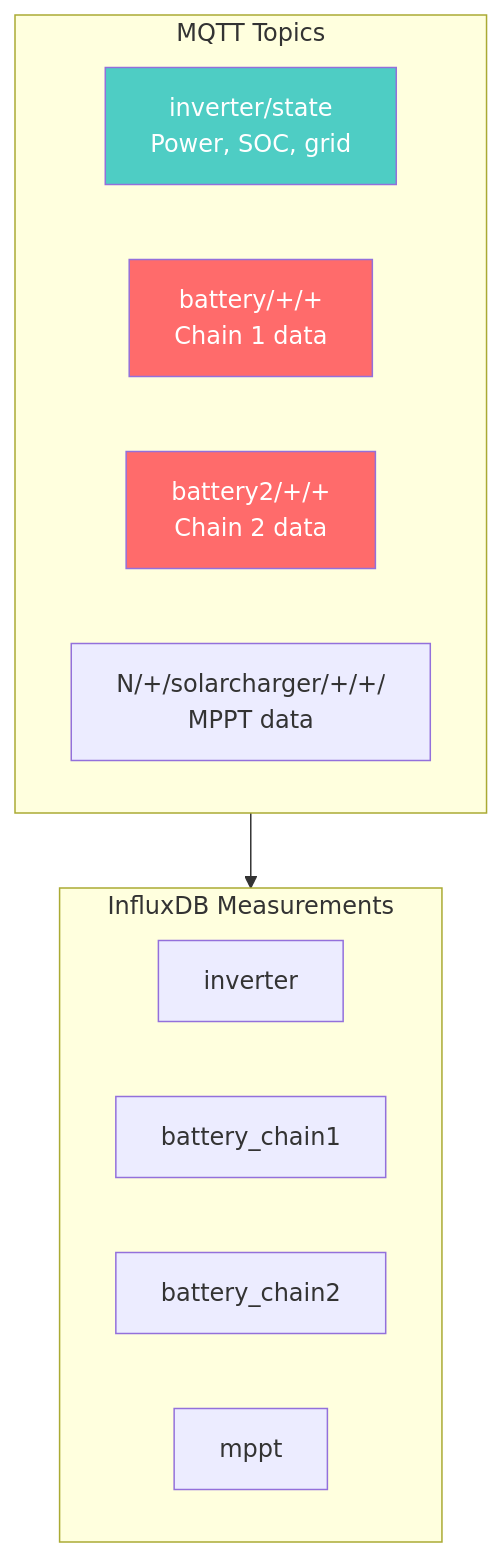
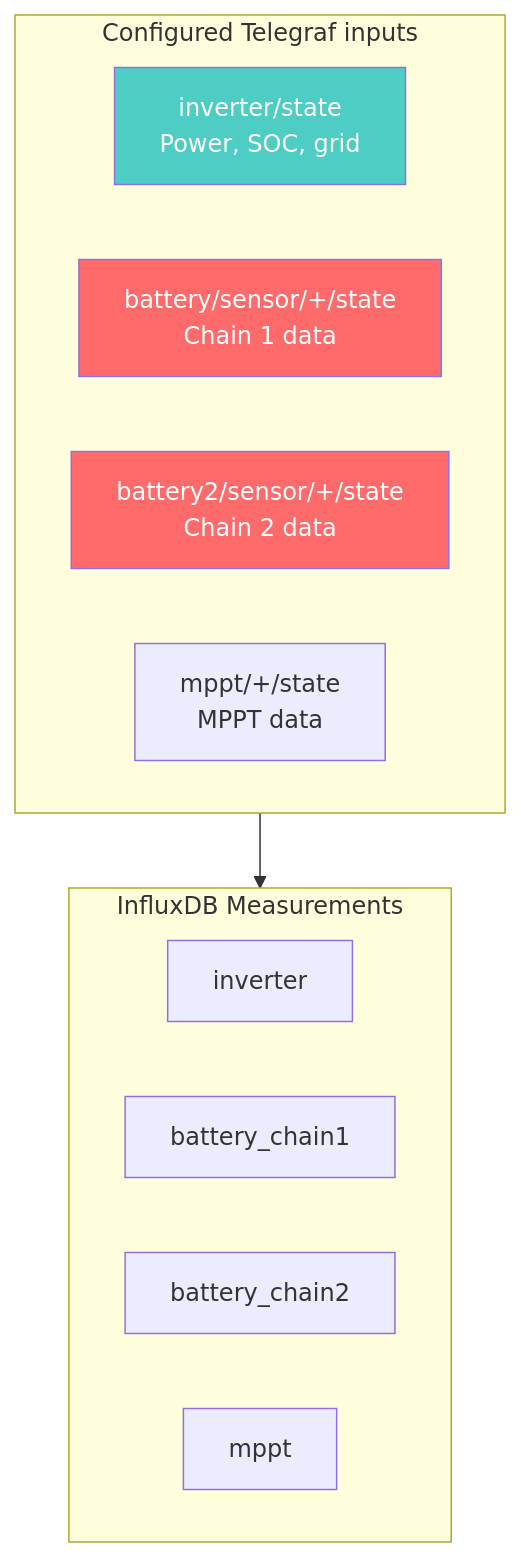
One commit to victron-venus/inverter-monitoring changed the fourth of 4 diagrams in .github/docs/system-architecture.md. Above: the diagram before and after it, drawn with Mermaid. The commit also changed other lines of this file and 2 other files, not shown here.

First line of the commit message:
docs: scope legacy tuning guidance and fix architecture references (#148)

````diff
--- a/.github/docs/system-architecture.md
+++ b/.github/docs/system-architecture.md
@@ -88,22 +98,22 @@
 ```mermaid
 graph TB
-    subgraph Topics["MQTT Topics"]
+    subgraph Topics["Configured Telegraf inputs"]
         INV["inverter/state<br/>Power, SOC, grid"]
-        BAT1["battery/+/+<br/>Chain 1 data"]
-        BAT2["battery2/+/+<br/>Chain 2 data"]
-        MPPT["N/+/solarcharger/+/+/<br/>MPPT data"]
+        BAT1["battery/sensor/+/state<br/>Chain 1 data"]
+        BAT2["battery2/sensor/+/state<br/>Chain 2 data"]
+        MPPT["mppt/+/state<br/>MPPT data"]
     end
 
     subgraph Influx["InfluxDB Measurements"]
         I_INV["inverter"]
         I_BAT1["battery_chain1"]
         I_BAT2["battery_chain2"]
         I_MPPT["mppt"]
     end
 
     Topics --> Influx
 
     style INV fill:#4ecdc4,color:#fff
     style BAT1 fill:#ff6b6b,color:#fff
     style BAT2 fill:#ff6b6b,color:#fff
 ```
````
